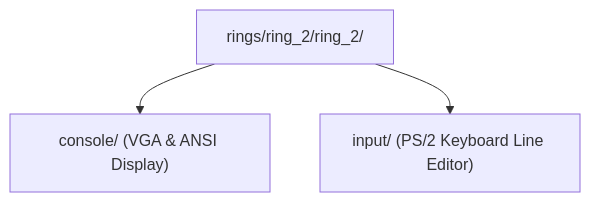
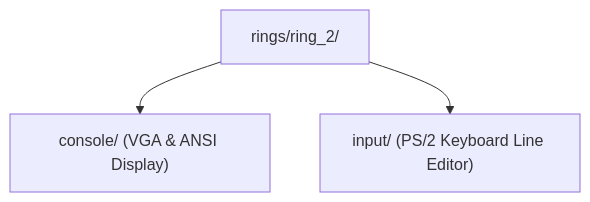
The first of 3 diagrams in obsidian_vault/rings/ring_2/README.md (Heaplyn/Heaplit-OS), drawn with Mermaid before and after one commit. The commit also changed other lines of this file and 169 other files, not shown here.

````diff
--- a/obsidian_vault/rings/ring_2/README.md
+++ b/obsidian_vault/rings/ring_2/README.md
@@ -30,5 +30,5 @@
 ```mermaid
 flowchart TD
-    R2["rings/ring_2/ring_2/"] --> CON["console/ (VGA & ANSI Display)"]
+    R2["rings/ring_2/"] --> CON["console/ (VGA & ANSI Display)"]
     R2 --> INP["input/ (PS/2 Keyboard Line Editor)"]
 ```
````
